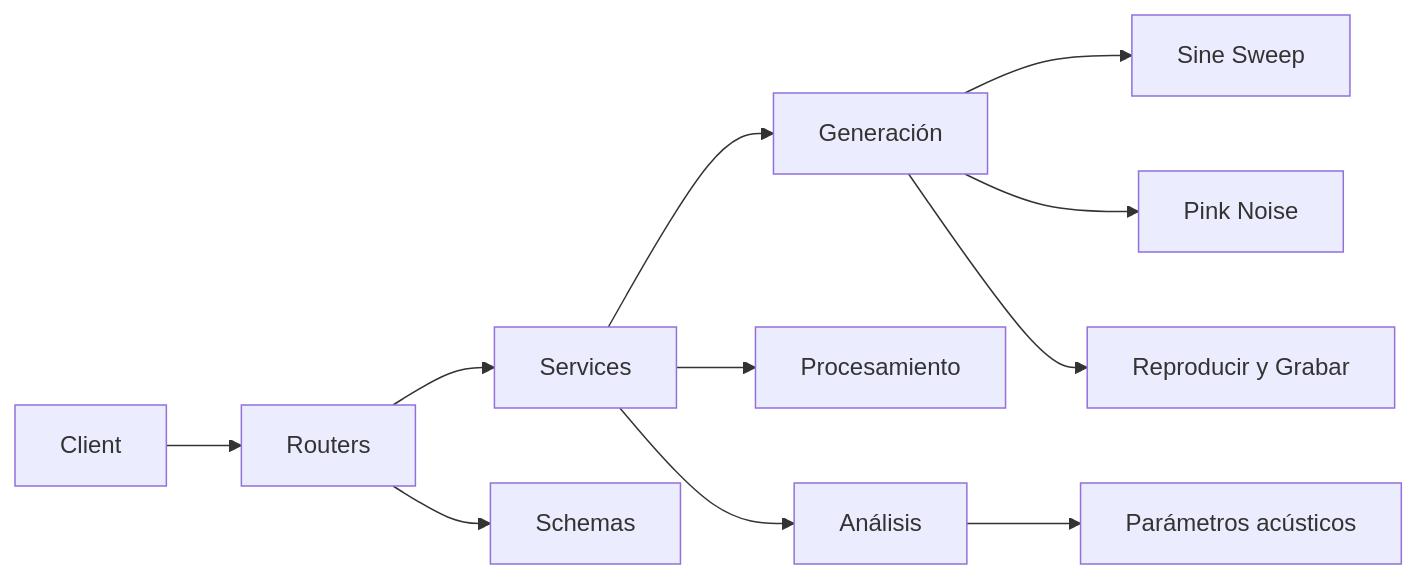
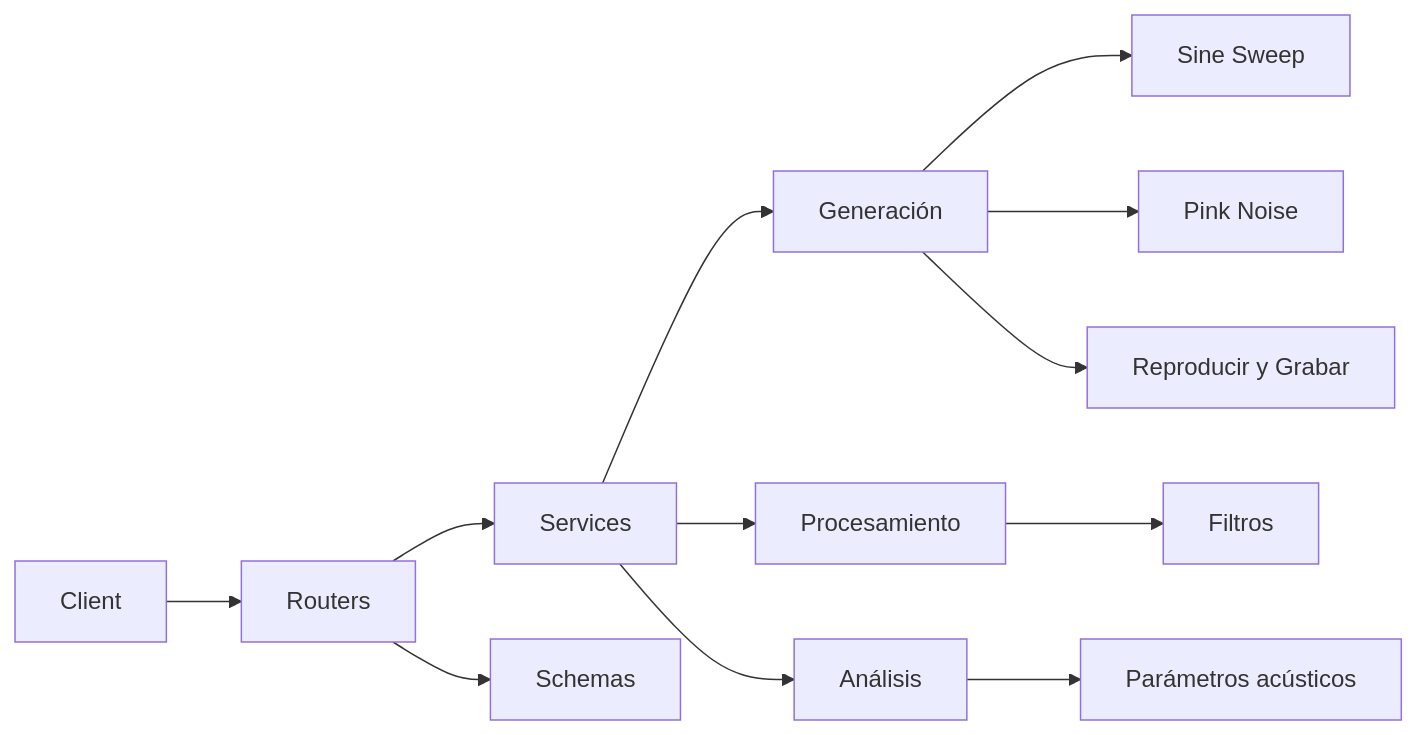
Before and after one commit to valentinadepiero/trabajo-practico-ss: the diagram in README.md, drawn with Mermaid.

````diff
--- a/README.md
+++ b/README.md
@@ -60,13 +60,14 @@
 ```mermaid
 graph LR
 Client --> R[Routers]
 R --> S[Services]
 S --> Gen[Generación]
 Gen --> SS[Sine Sweep]
 Gen --> PN[Pink Noise]
 Gen --> Rec[Reproducir y Grabar]
 S --> Proc[Procesamiento]
+Proc --> F[Filtros]
 S --> An[Análisis]
 An --> Par[Parámetros acústicos]
 R --> Sch[Schemas]
 ```
````
